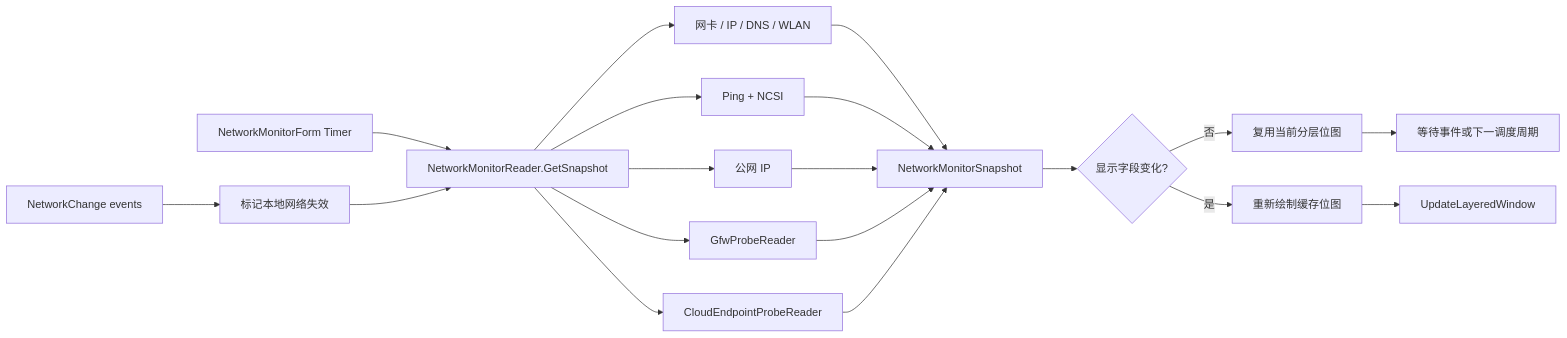
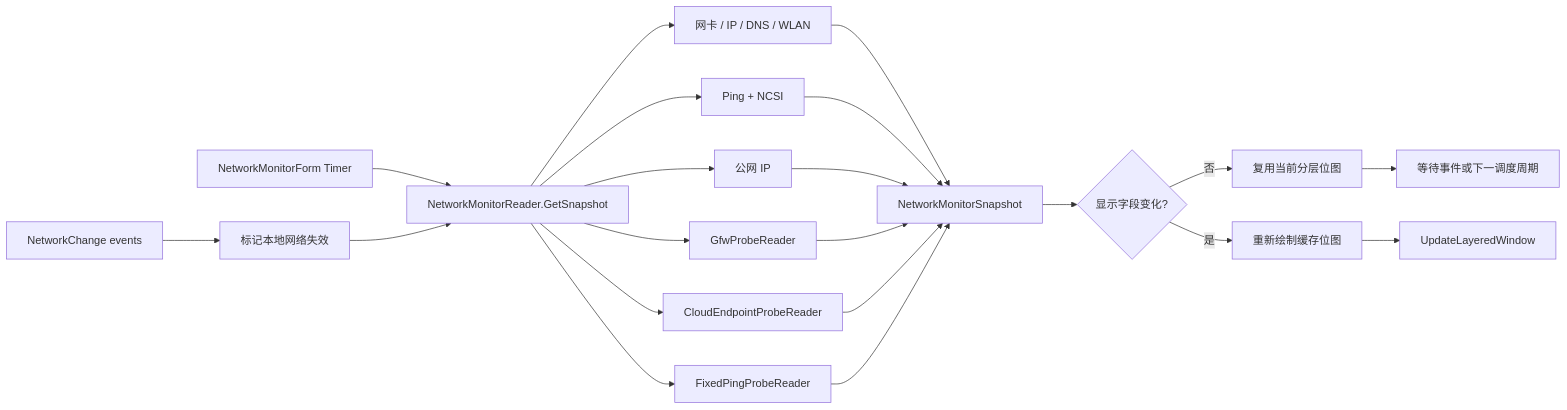
Before and after one commit to AFT-Sakee01/DesktopCodexAssistant: the diagram in Docs/NetworkMonitor-Architecture.md, drawn with Mermaid. The commit also changed other lines of this file and 55 other files, not shown here.

````diff
--- a/Docs/NetworkMonitor-Architecture.md
+++ b/Docs/NetworkMonitor-Architecture.md
@@ -45,21 +50,23 @@
 ```mermaid
 flowchart LR
     Timer["NetworkMonitorForm Timer"] --> Reader["NetworkMonitorReader.GetSnapshot"]
     NetEvent["NetworkChange events"] --> Invalid["标记本地网络失效"]
     Invalid --> Reader
     Reader --> Local["网卡 / IP / DNS / WLAN"]
     Reader --> Connectivity["Ping + NCSI"]
     Reader --> PublicIP["公网 IP"]
     Reader --> GFW["GfwProbeReader"]
     Reader --> Cloud["CloudEndpointProbeReader"]
+    Reader --> FixedPing["FixedPingProbeReader"]
     Local --> Snapshot["NetworkMonitorSnapshot"]
     Connectivity --> Snapshot
     PublicIP --> Snapshot
     GFW --> Snapshot
     Cloud --> Snapshot
+    FixedPing --> Snapshot
     Snapshot --> Compare{"显示字段变化?"}
     Compare -- "否" --> Keep["复用当前分层位图"]
     Compare -- "是" --> Draw["重新绘制缓存位图"]
     Draw --> Layered["UpdateLayeredWindow"]
     Keep --> Wait["等待事件或下一调度周期"]
 ```
````
